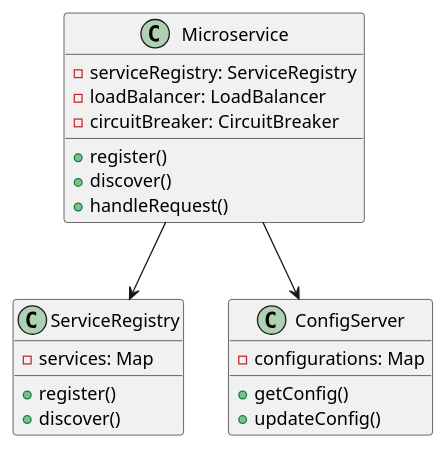
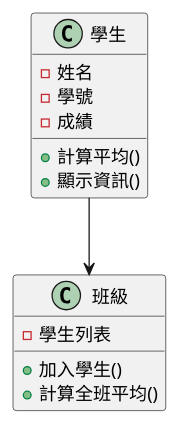
One commit to fine5351/info-sync changed the second of 3 diagrams in doc/learning/architecture/microservices_tutorial.md. Above: the diagram before and after it, drawn with PlantUML. The commit also changed other lines of this file and 35 other files, not shown here.

````diff
--- a/doc/learning/architecture/microservices_tutorial.md
+++ b/doc/learning/architecture/microservices_tutorial.md
@@ -87,27 +89,19 @@
 ```plantuml
 @startuml
-class Microservice {
-    - serviceRegistry: ServiceRegistry
-    - loadBalancer: LoadBalancer
-    - circuitBreaker: CircuitBreaker
-    + register()
-    + discover()
-    + handleRequest()
+class 學生 {
+    - 姓名
+    - 學號
+    - 成績
+    + 計算平均()
+    + 顯示資訊()
 }
 
-class ServiceRegistry {
-    - services: Map
-    + register()
-    + discover()
+class 班級 {
+    - 學生列表
+    + 加入學生()
+    + 計算全班平均()
 }
 
-class ConfigServer {
-    - configurations: Map
-    + getConfig()
-    + updateConfig()
-}
-
-Microservice --> ServiceRegistry
-Microservice --> ConfigServer
+學生 --> 班級
 @enduml
 ```
````
